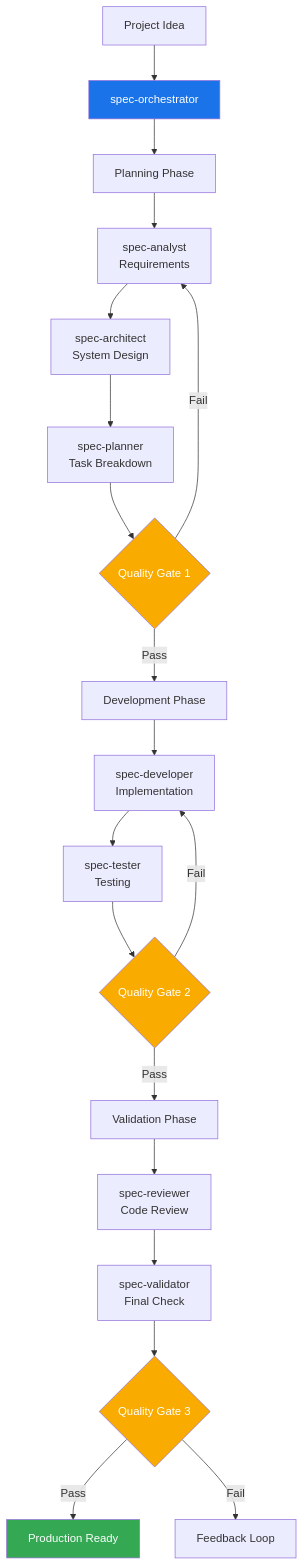
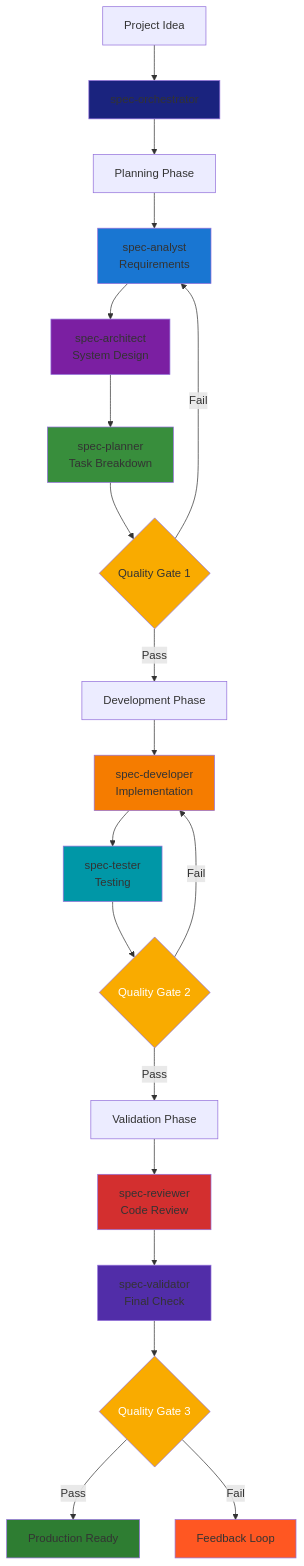
Before and after one commit to gmgege/claude-sub-agent: the first of 2 diagrams in README.md, drawn with Mermaid. The commit also changed other lines of this file and 27 other files, not shown here.

````diff
--- a/README.md
+++ b/README.md
@@ -42,32 +46,43 @@
 ```mermaid
 graph TD
     A[Project Idea] --> B[spec-orchestrator]
     B --> C[Planning Phase]
     C --> D[spec-analyst<br/>Requirements]
     D --> E[spec-architect<br/>System Design]
     E --> F[spec-planner<br/>Task Breakdown]
     
     F --> G{Quality Gate 1}
     G -->|Pass| H[Development Phase]
     G -->|Fail| D
     
     H --> I[spec-developer<br/>Implementation]
     I --> J[spec-tester<br/>Testing]
     
     J --> K{Quality Gate 2}
     K -->|Pass| L[Validation Phase]
     K -->|Fail| I
     
     L --> M[spec-reviewer<br/>Code Review]
     M --> N[spec-validator<br/>Final Check]
     
     N --> O{Quality Gate 3}
     O -->|Pass| P[Production Ready]
     O -->|Fail| Q[Feedback Loop]
     
-    style B fill:#1a73e8,color:#fff
-    style G fill:#f9ab00,color:#fff
+    %% Agent Colors by Type
+    style B fill:#1a237e,color:#fff  %% Orchestrator - Deep Blue
+    style D fill:#1976d2,color:#fff  %% Analyst - Blue
+    style E fill:#7b1fa2,color:#fff  %% Architect - Purple
+    style F fill:#388e3c,color:#fff  %% Planner - Green
+    style I fill:#f57c00,color:#fff  %% Developer - Orange
+    style J fill:#0097a7,color:#fff  %% Tester - Cyan
+    style M fill:#d32f2f,color:#fff  %% Reviewer - Red
+    style N fill:#512da8,color:#fff  %% Validator - Deep Purple
+    
+    %% Quality Gates and Final State
+    style G fill:#f9ab00,color:#fff  %% Quality Gates - Amber
     style K fill:#f9ab00,color:#fff
     style O fill:#f9ab00,color:#fff
-    style P fill:#34a853,color:#fff
+    style P fill:#2e7d32,color:#fff  %% Production Ready - Dark Green
+    style Q fill:#ff5722,color:#fff  %% Feedback Loop - Deep Orange
 ```
````
